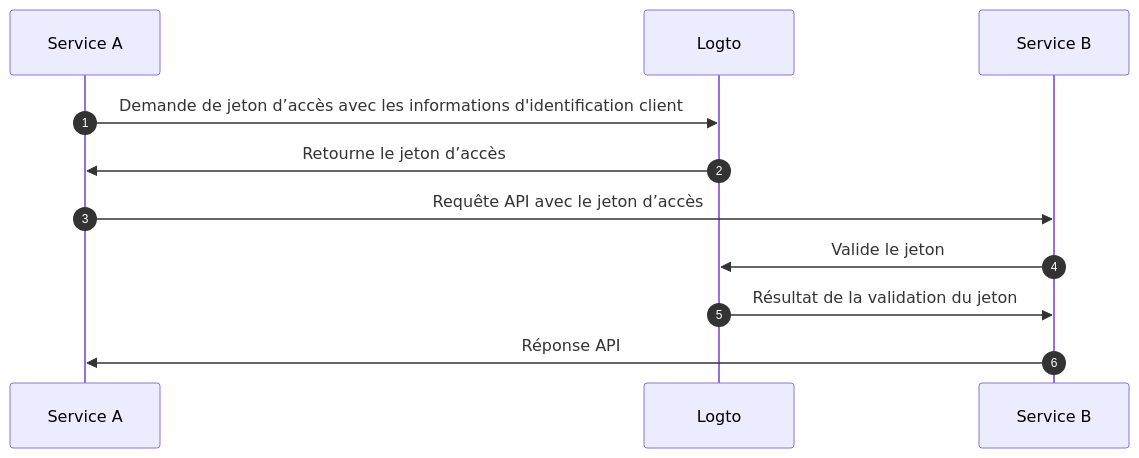
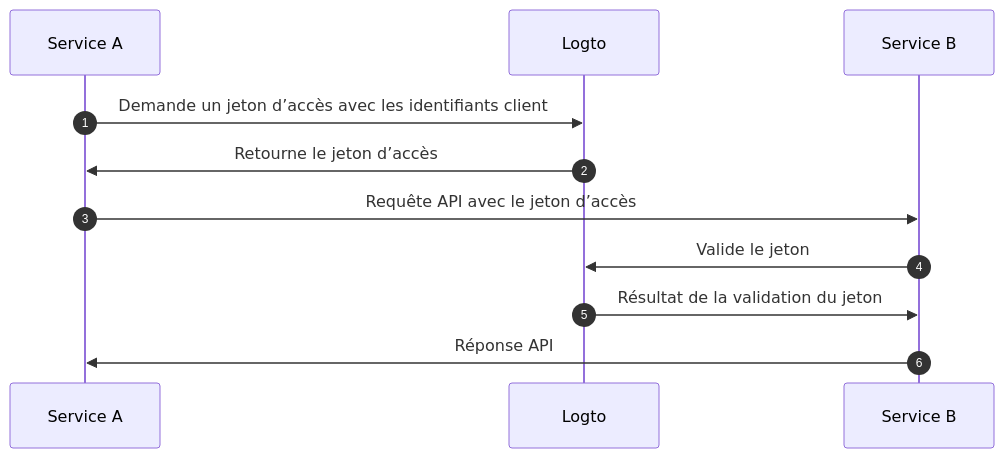
One commit to logto-io/docs changed the second of 4 diagrams in i18n/fr/docusaurus-plugin-content-docs/current/integrate-logto/integrate-logto-into-your-application/understand-authentication-flow.mdx. Above: the diagram before and after it, drawn with Mermaid. The commit also changed other lines of this file and 44 other files, not shown here.

````diff
--- a/i18n/fr/docusaurus-plugin-content-docs/current/integrate-logto/integrate-logto-into-your-application/understand-authentication-flow.mdx
+++ b/i18n/fr/docusaurus-plugin-content-docs/current/integrate-logto/integrate-logto-into-your-application/understand-authentication-flow.mdx
@@ -42,14 +42,14 @@
 ```mermaid
 sequenceDiagram
     autonumber
     participant Service A
     participant Logto
     participant Service B
 
-    Service A->>Logto: Demande de jeton d’accès avec les informations d'identification client
+    Service A->>Logto: Demande un jeton d’accès avec les identifiants client
     Logto->>Service A: Retourne le jeton d’accès
     Service A->>Service B: Requête API avec le jeton d’accès
     Service B->>Logto: Valide le jeton
     Logto->>Service B: Résultat de la validation du jeton
     Service B->>Service A: Réponse API
 ```
````
